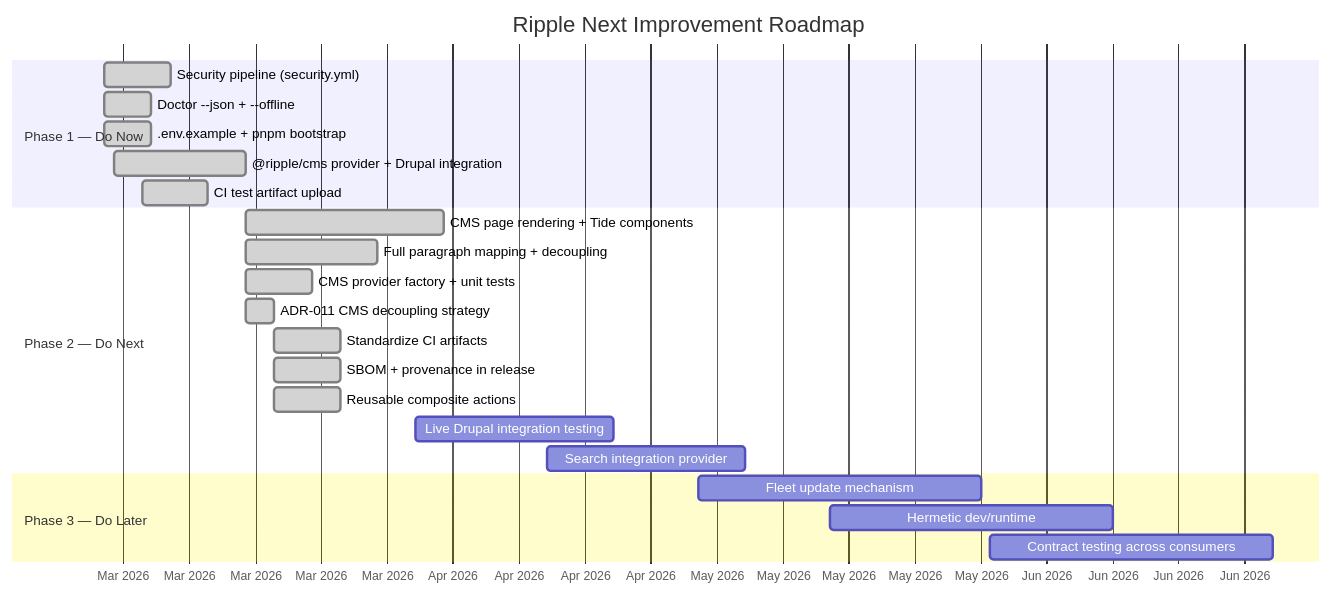
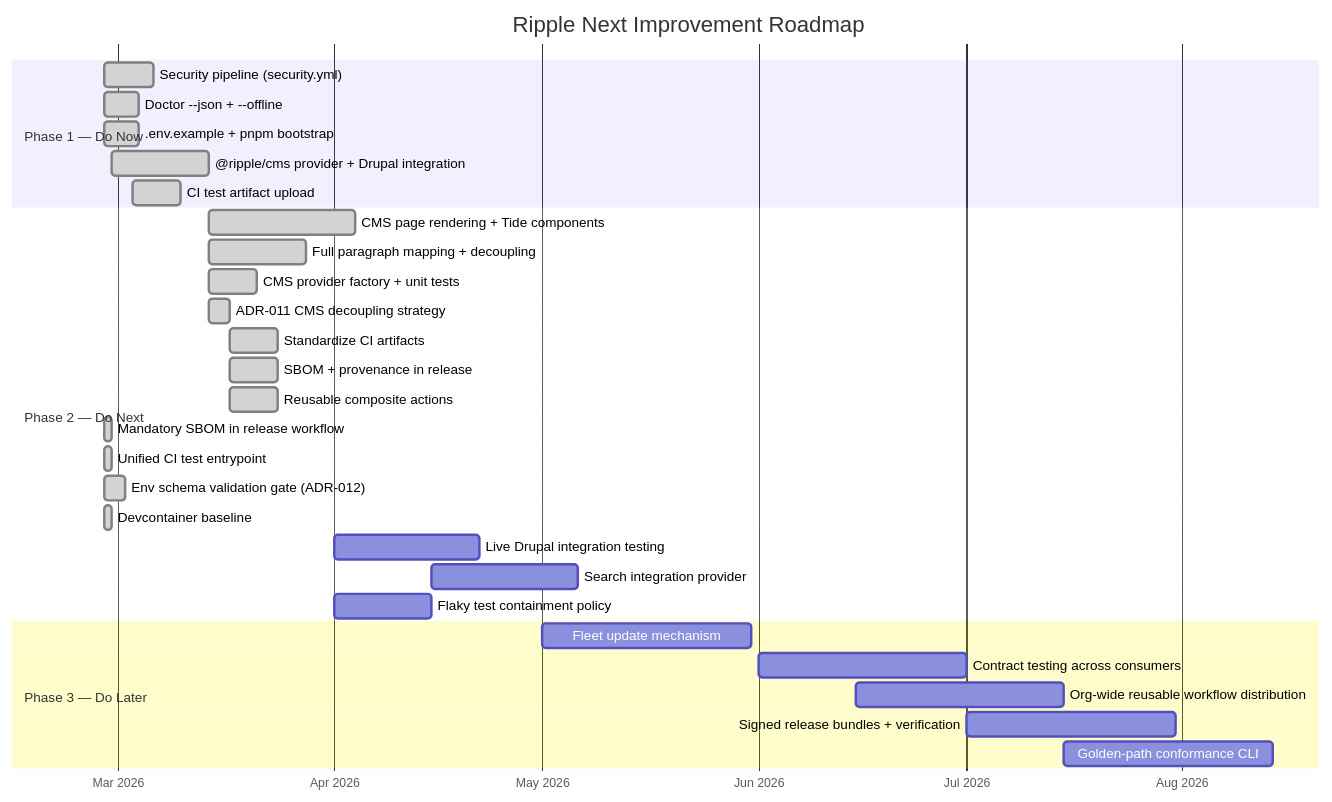
One commit to jbejenar/ripple-next changed the eighth of 10 diagrams in docs/product-roadmap/README.md. Above: the diagram before and after it, drawn with Mermaid. The commit also changed other lines of this file and 16 other files, not shown here.

First line of the commit message:
feat: implement AI-suggested improvements and update roadmap

````diff
--- a/docs/product-roadmap/README.md
+++ b/docs/product-roadmap/README.md
@@ -491,29 +494,36 @@
 ```mermaid
 gantt
     title Ripple Next Improvement Roadmap
     dateFormat YYYY-MM-DD
     axisFormat %b %Y
 
     section Phase 1 — Do Now
     Security pipeline (security.yml)           :done, sec, 2026-02-27, 7d
     Doctor --json + --offline                  :done, doc, 2026-02-27, 5d
     .env.example + pnpm bootstrap              :done, env, 2026-02-27, 5d
     @ripple/cms provider + Drupal integration  :done, cms, 2026-02-28, 14d
     CI test artifact upload                    :done, art, 2026-03-03, 7d
 
     section Phase 2 — Do Next
     CMS page rendering + Tide components       :done, cms2, 2026-03-14, 21d
     Full paragraph mapping + decoupling        :done, para, 2026-03-14, 14d
     CMS provider factory + unit tests          :done, factory, 2026-03-14, 7d
     ADR-011 CMS decoupling strategy            :done, adr11, 2026-03-14, 3d
     Standardize CI artifacts                   :done, ci_art, 2026-03-17, 7d
     SBOM + provenance in release               :done, sbom, 2026-03-17, 7d
     Reusable composite actions                 :done, reuse, 2026-03-17, 7d
+    Mandatory SBOM in release workflow         :done, sbom_mandatory, 2026-02-27, 1d
+    Unified CI test entrypoint                 :done, unified_test, 2026-02-27, 1d
+    Env schema validation gate (ADR-012)       :done, env_schema, 2026-02-27, 3d
+    Devcontainer baseline                      :done, devcontainer, 2026-02-27, 1d
     Live Drupal integration testing            :drupal, 2026-04-01, 21d
     Search integration provider                :search, 2026-04-15, 21d
+    Flaky test containment policy              :flaky, 2026-04-01, 14d
 
     section Phase 3 — Do Later
     Fleet update mechanism                     :fleet, 2026-05-01, 30d
-    Hermetic dev/runtime                       :hermetic, 2026-05-15, 30d
     Contract testing across consumers          :contract, 2026-06-01, 30d
+    Org-wide reusable workflow distribution    :orgwf, 2026-06-15, 30d
+    Signed release bundles + verification      :signed, 2026-07-01, 30d
+    Golden-path conformance CLI                :conformance, 2026-07-15, 30d
 ```
````
